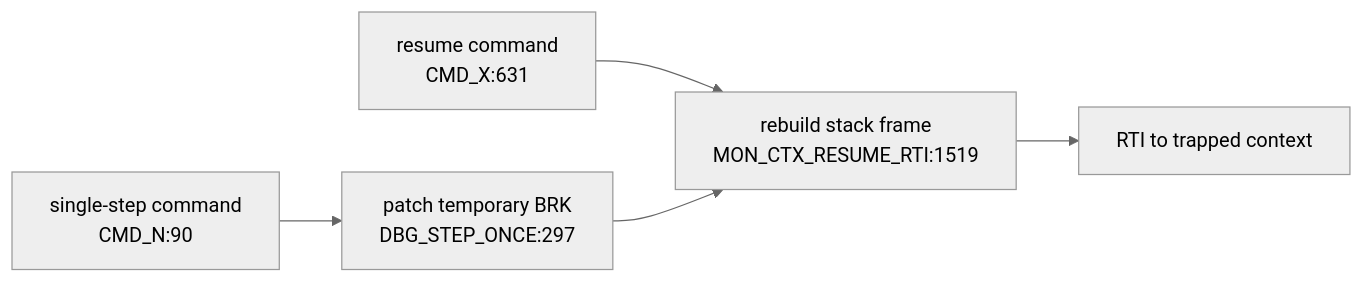
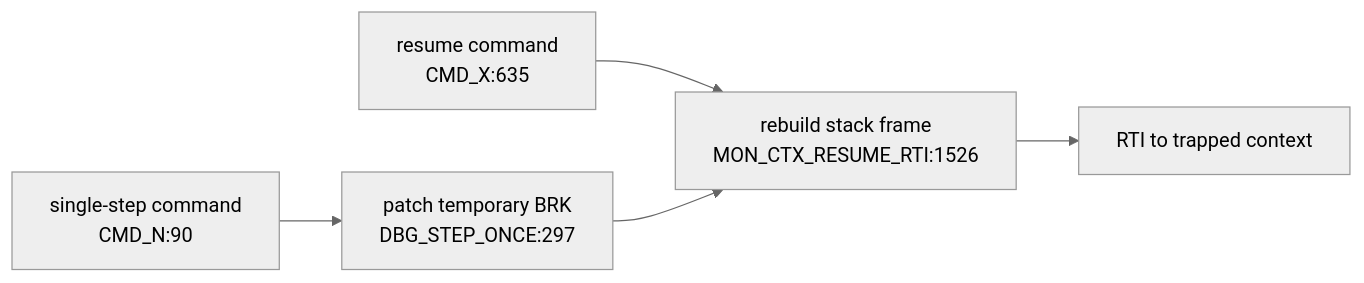
One commit to 95westus/R-YORS changed the sixth of 6 diagrams in DOC/GENERATED/INTERRUPT_VECTOR_MAP.md. Above: the diagram before and after it, drawn with Mermaid (neutral theme). The commit also changed other lines of this file and 59 other files, not shown here.

````diff
--- a/DOC/GENERATED/INTERRUPT_VECTOR_MAP.md
+++ b/DOC/GENERATED/INTERRUPT_VECTOR_MAP.md
@@ -92,7 +92,7 @@
 ```mermaid
 flowchart LR
-    CMDX["resume command<br/>CMD_X:631"] --> RESUME["rebuild stack frame<br/>MON_CTX_RESUME_RTI:1519"]
+    CMDX["resume command<br/>CMD_X:635"] --> RESUME["rebuild stack frame<br/>MON_CTX_RESUME_RTI:1526"]
     CMDN["single-step command<br/>CMD_N:90"] --> STEP["patch temporary BRK<br/>DBG_STEP_ONCE:297"]
     STEP --> RESUME
     RESUME --> RTIRES["RTI to trapped context"]
 ```
````
